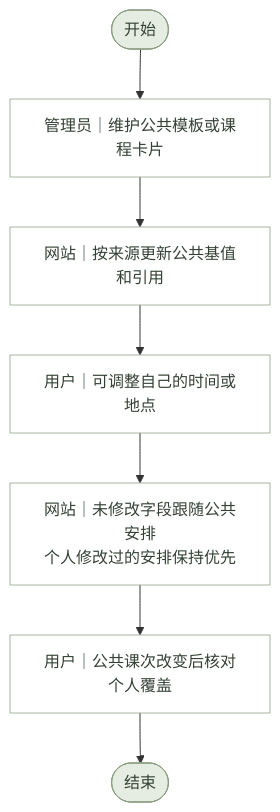
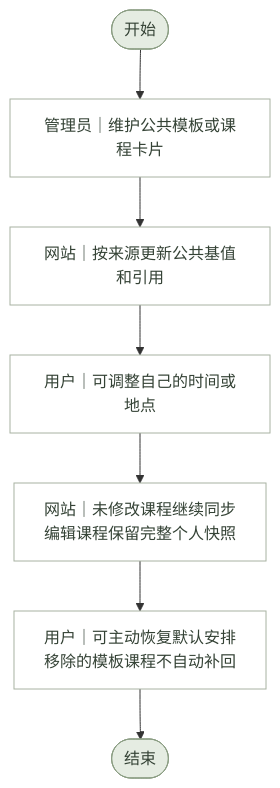
Before and after one commit to lichen-lc123/class-assistant: the diagram in 需求文档/课表功能/流程图源文件/业务流程图/个人优先与公共同步.mmd, drawn with Mermaid. The commit also changed 42 other files, not shown here.

```diff
--- a/需求文档/课表功能/流程图源文件/业务流程图/个人优先与公共同步.mmd
+++ b/需求文档/课表功能/流程图源文件/业务流程图/个人优先与公共同步.mmd
@@ -1,27 +1,27 @@
 %% 个人优先与公共同步 · 业务流程图 · 当前版 · 2026-11-09
 flowchart TD
     N0(["开始"])
     N1["管理员｜维护公共模板或课程卡片"]
     N2["网站｜按来源更新公共基值和引用"]
     N3["用户｜可调整自己的时间或地点"]
-    N4["网站｜未修改字段跟随公共安排<br/>个人修改过的安排保持优先"]
-    N5["用户｜公共课次改变后核对个人覆盖"]
+    N4["网站｜未修改课程继续同步<br/>编辑课程保留完整个人快照"]
+    N5["用户｜可主动恢复默认安排<br/>移除的模板课程不自动补回"]
     N6(["结束"])
     N0 --> N1
     N1 --> N2
     N2 --> N3
     N3 --> N4
     N4 --> N5
     N5 --> N6
     classDef normal fill:#FFFFFF,stroke:#A8B2A2,color:#344235;
     classDef decision fill:#F0ECE2,stroke:#A69B83,color:#344235;
     classDef terminal fill:#E5ECE2,stroke:#8A9D82,color:#344235;
     classDef exception fill:#F2EAE6,stroke:#B09B91,color:#344235;
     classDef database fill:#E7EDF0,stroke:#8A9CA6,color:#344235;
     class N0 terminal;
     class N1 normal;
     class N2 normal;
     class N3 normal;
     class N4 normal;
     class N5 normal;
     class N6 terminal;
```
